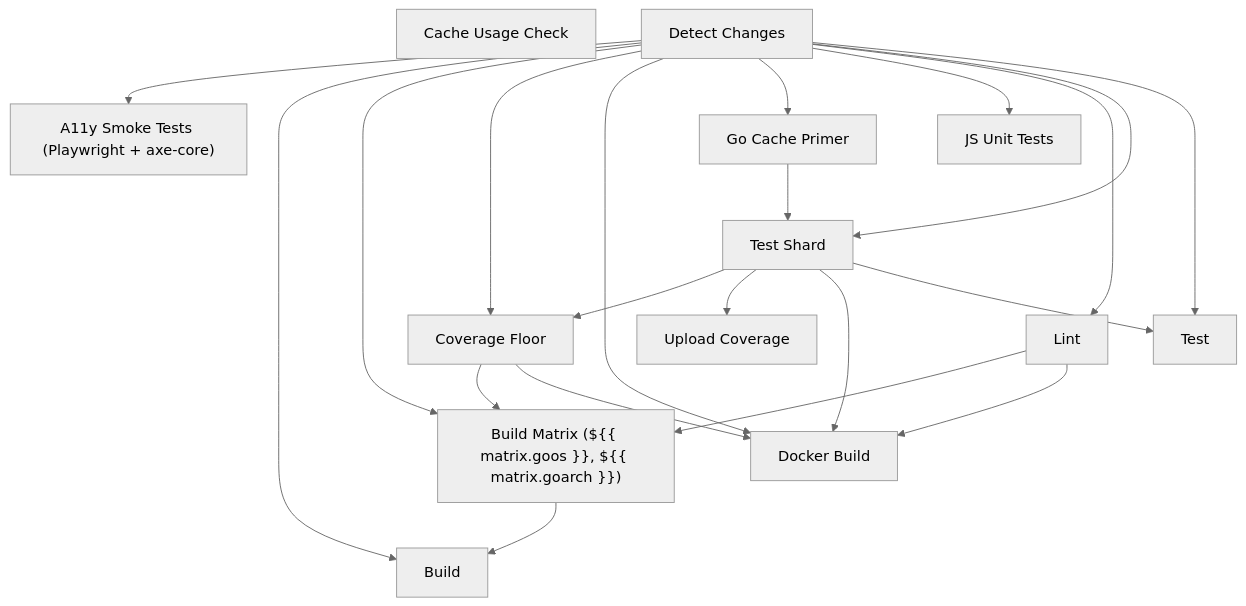
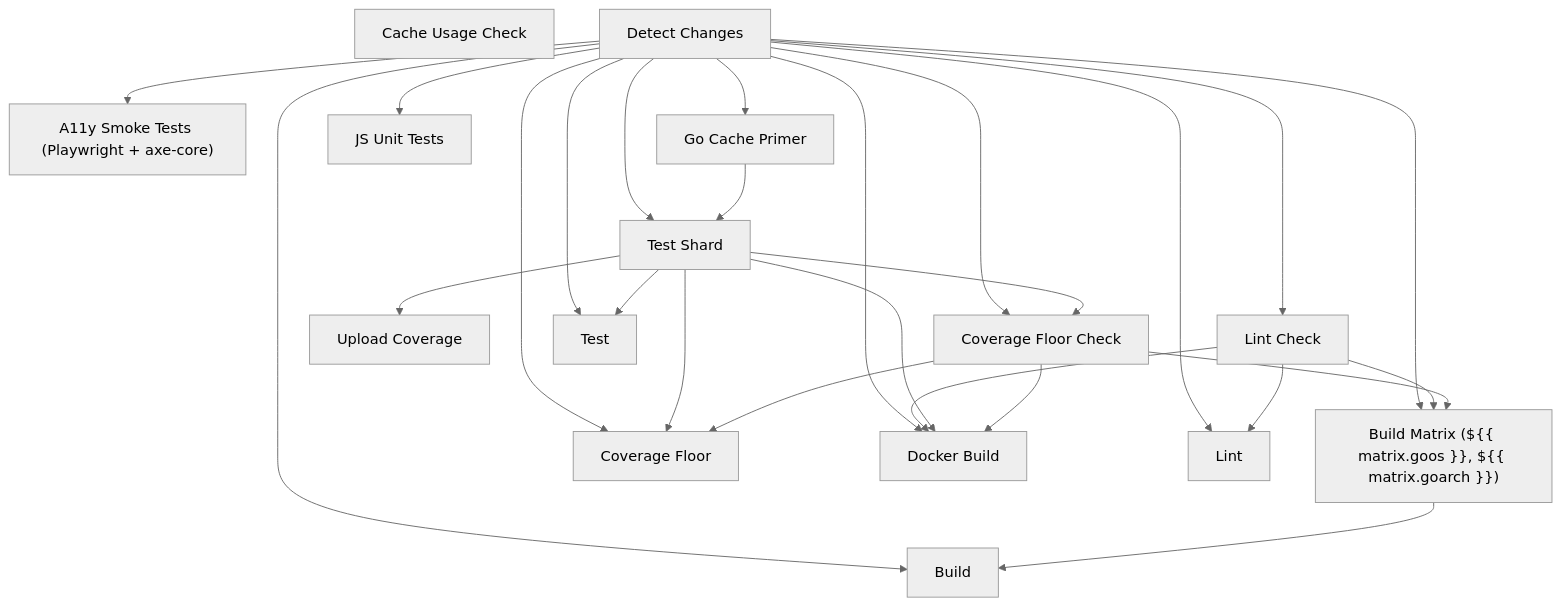
The diagram in docs/_generated/ci-reference.md (sydlexius/stillwater), drawn with Mermaid (neutral theme) before and after one commit. The commit also changed 7 other files, not shown here.

````diff
--- a/docs/_generated/ci-reference.md
+++ b/docs/_generated/ci-reference.md
@@ -9,37 +9,44 @@
 ```mermaid
 flowchart TD
     a11y_test["A11y Smoke Tests (Playwright + axe-core)"]
     build["Build"]
     build_matrix["Build Matrix (${{ matrix.goos }}, ${{ matrix.goarch }})"]
     cache_usage["Cache Usage Check"]
     changes["Detect Changes"]
-    coverage_floor["Coverage Floor"]
+    coverage_floor["Coverage Floor Check"]
+    coverage_floor_summary["Coverage Floor"]
     coverage_upload["Upload Coverage"]
     docker["Docker Build"]
     go_cache_primer["Go Cache Primer"]
     js_test["JS Unit Tests"]
-    lint["Lint"]
+    lint["Lint Check"]
+    lint_summary["Lint"]
     test["Test Shard"]
     test_summary["Test"]
 
     changes --> a11y_test
     changes --> build
     build_matrix --> build
     changes --> build_matrix
     lint --> build_matrix
     coverage_floor --> build_matrix
     changes --> coverage_floor
     test --> coverage_floor
+    changes --> coverage_floor_summary
+    test --> coverage_floor_summary
+    coverage_floor --> coverage_floor_summary
     test --> coverage_upload
     changes --> docker
     lint --> docker
     test --> docker
     coverage_floor --> docker
     changes --> go_cache_primer
     changes --> js_test
     changes --> lint
+    changes --> lint_summary
+    lint --> lint_summary
     changes --> test
     go_cache_primer --> test
     changes --> test_summary
     test --> test_summary
 ```
````
